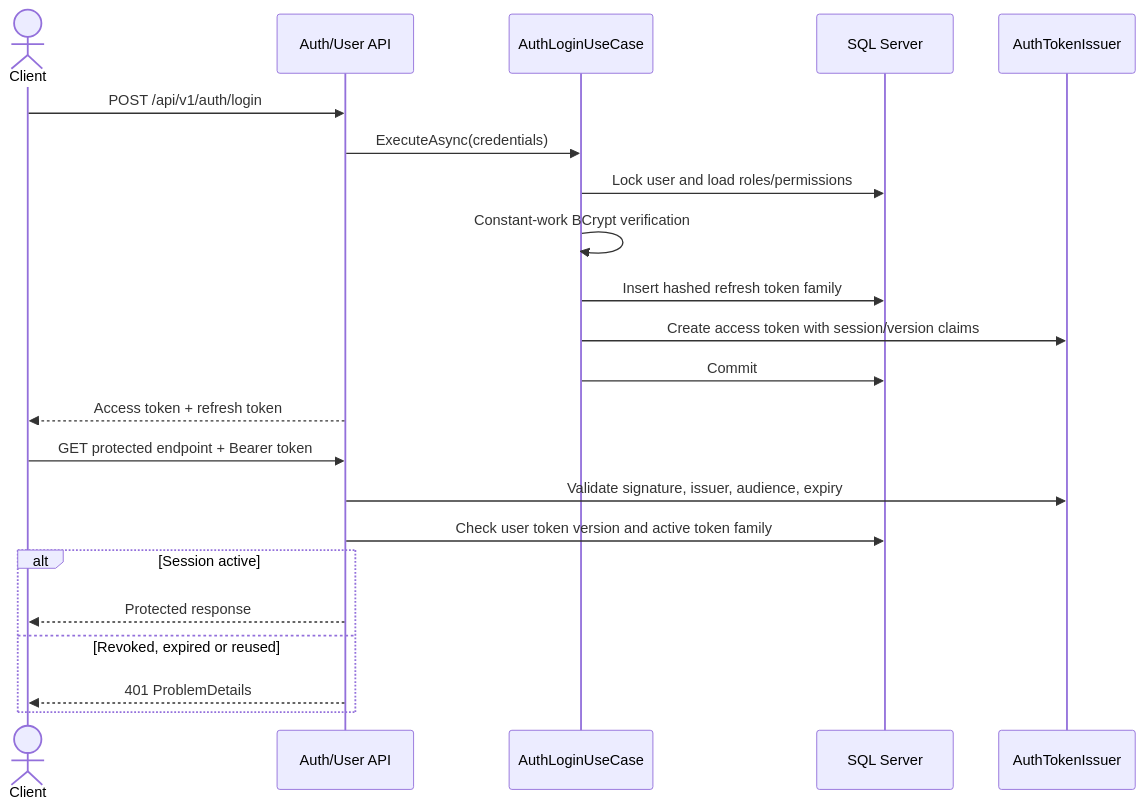
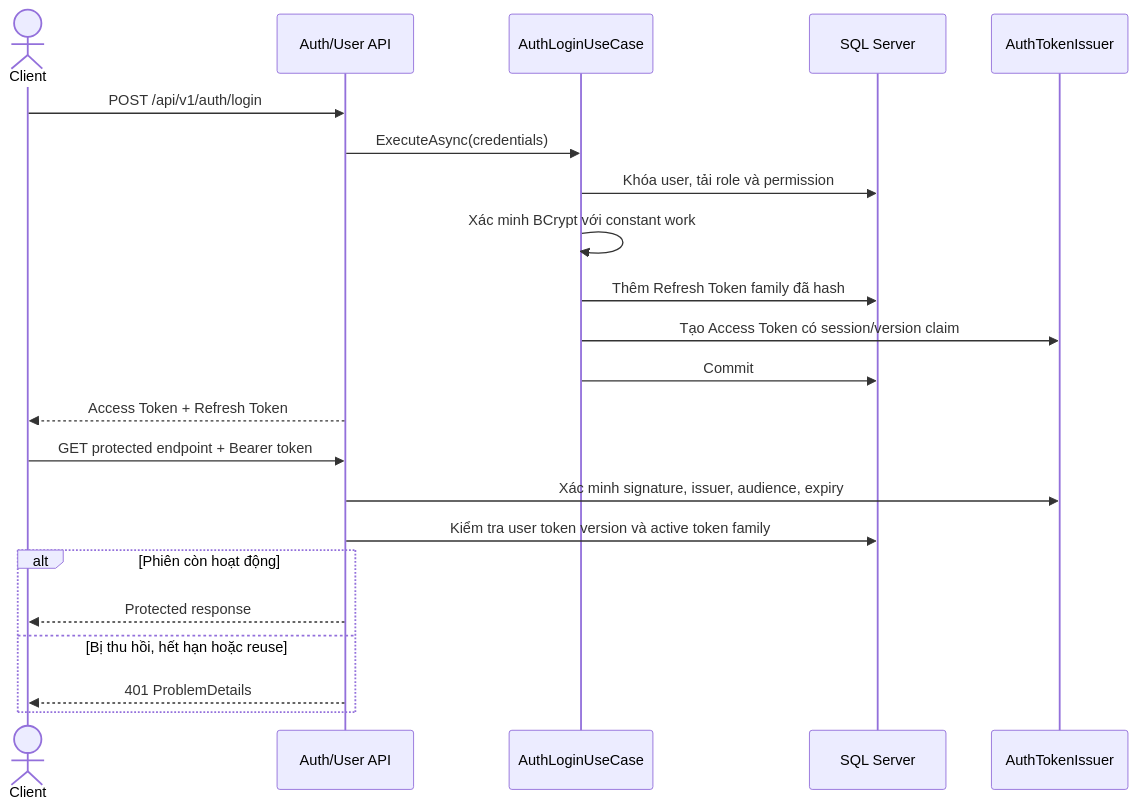
The first of 4 diagrams in docs/SEQUENCES.md (Giapnocap/ECommerceBackend), drawn with Mermaid before and after one commit. The commit also changed other lines of this file and 10 other files, not shown here.

````diff
--- a/docs/SEQUENCES.md
+++ b/docs/SEQUENCES.md
@@ -5,26 +5,26 @@
 ```mermaid
 sequenceDiagram
     actor Client
     participant API as Auth/User API
     participant Auth as AuthLoginUseCase
     participant DB as SQL Server
     participant JWT as AuthTokenIssuer
 
     Client->>API: POST /api/v1/auth/login
     API->>Auth: ExecuteAsync(credentials)
-    Auth->>DB: Lock user and load roles/permissions
-    Auth->>Auth: Constant-work BCrypt verification
-    Auth->>DB: Insert hashed refresh token family
-    Auth->>JWT: Create access token with session/version claims
+    Auth->>DB: Khóa user, tải role và permission
+    Auth->>Auth: Xác minh BCrypt với constant work
+    Auth->>DB: Thêm Refresh Token family đã hash
+    Auth->>JWT: Tạo Access Token có session/version claim
     Auth->>DB: Commit
-    API-->>Client: Access token + refresh token
+    API-->>Client: Access Token + Refresh Token
 
     Client->>API: GET protected endpoint + Bearer token
-    API->>JWT: Validate signature, issuer, audience, expiry
-    API->>DB: Check user token version and active token family
-    alt Session active
+    API->>JWT: Xác minh signature, issuer, audience, expiry
+    API->>DB: Kiểm tra user token version và active token family
+    alt Phiên còn hoạt động
         API-->>Client: Protected response
-    else Revoked, expired or reused
+    else Bị thu hồi, hết hạn hoặc reuse
         API-->>Client: 401 ProblemDetails
     end
 ```
````
